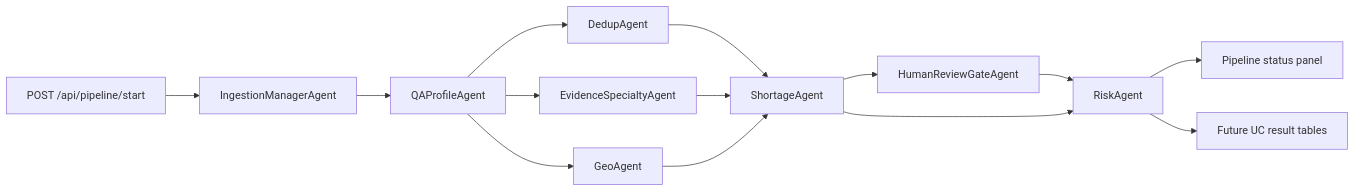
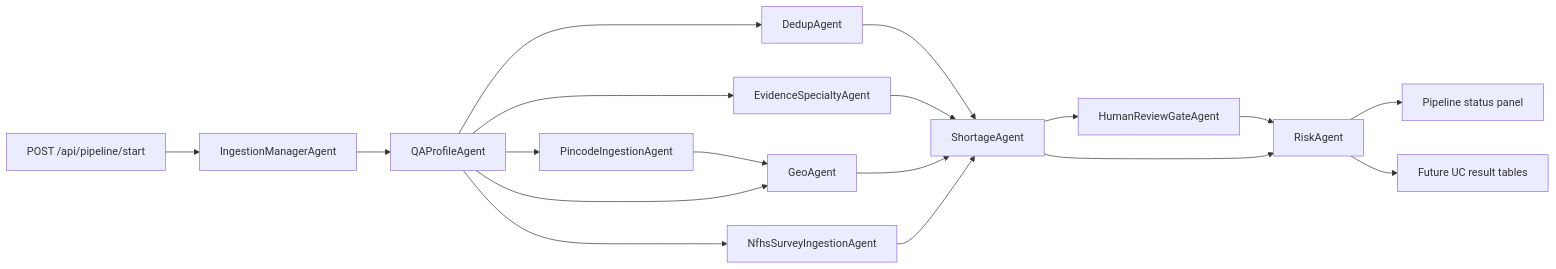
Before and after one commit to motobob/dbx_hack_doctors: the second of 4 diagrams in app/lib/agents/SPEC.md, drawn with Mermaid. The commit also changed other lines of this file and 40 other files, not shown here.

````diff
--- a/app/lib/agents/SPEC.md
+++ b/app/lib/agents/SPEC.md
@@ -28,16 +39,20 @@
 ```mermaid
 flowchart LR
   start[POST /api/pipeline/start] --> ingestion[IngestionManagerAgent]
   ingestion --> qa[QAProfileAgent]
+  qa --> pincode[PincodeIngestionAgent]
+  qa --> nfhs[NfhsSurveyIngestionAgent]
+  pincode --> geo[GeoAgent]
   qa --> dedup[DedupAgent]
   qa --> evidence[EvidenceSpecialtyAgent]
-  qa --> geo[GeoAgent]
+  qa --> geo
   dedup --> shortage[ShortageAgent]
   evidence --> shortage
   geo --> shortage
+  nfhs --> shortage
   shortage --> review[HumanReviewGateAgent]
   review --> risk[RiskAgent]
   shortage --> risk
   risk --> ui[Pipeline status panel]
   risk --> result[Future UC result tables]
 ```
````
